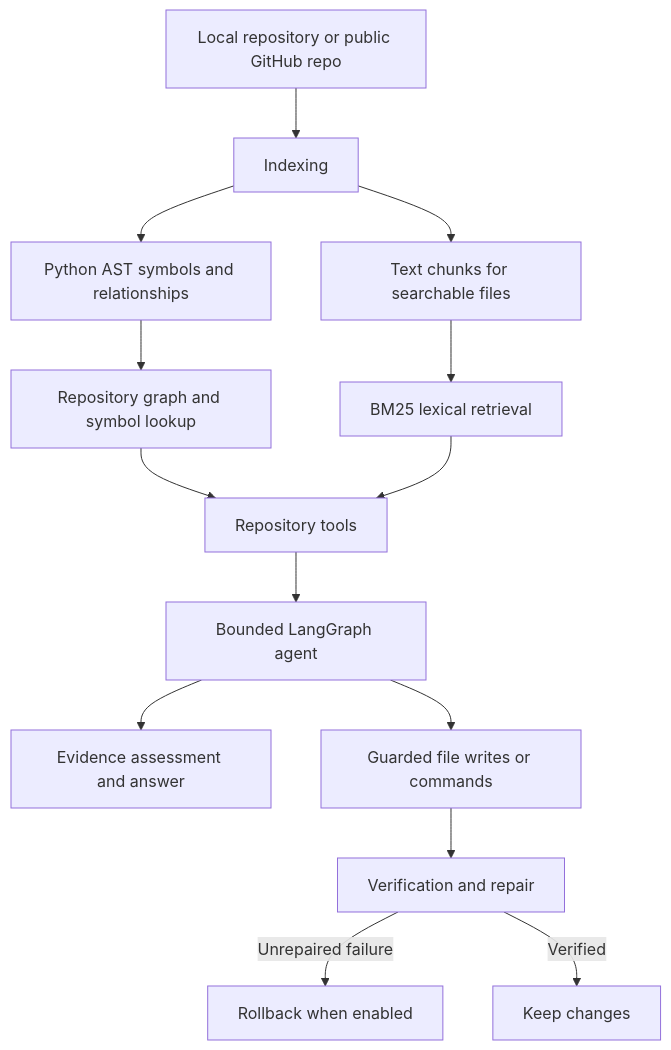
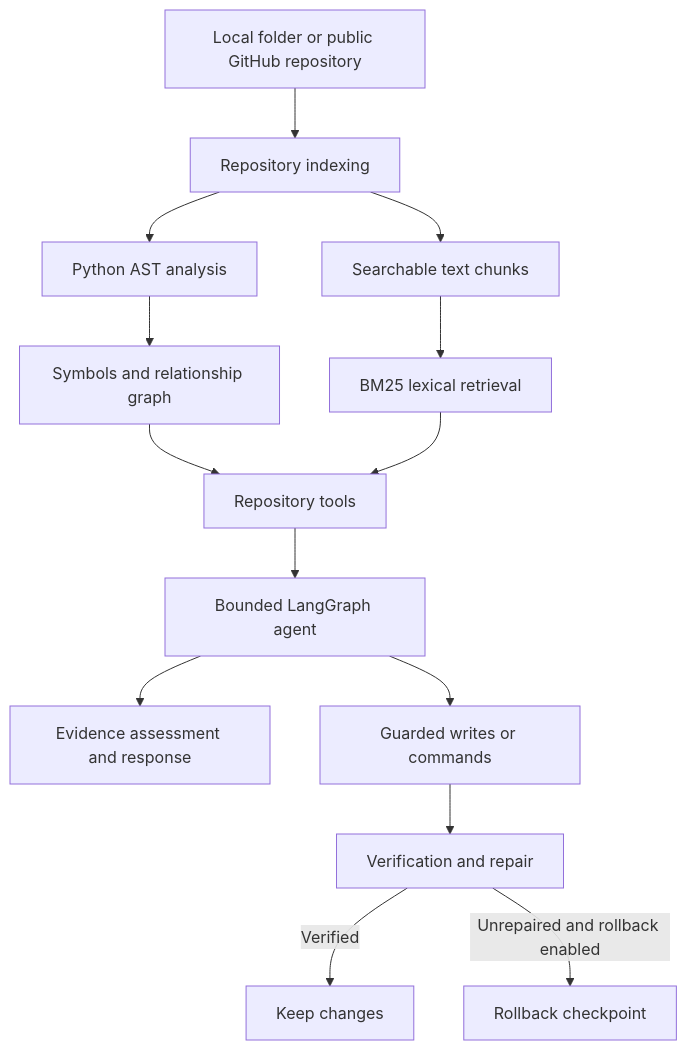
Before and after one commit to Jayesh-2006/agentic-repository-intelligence: the diagram in README.md, drawn with Mermaid. The commit also changed other lines of this file and 27 other files, not shown here.

````diff
--- a/README.md
+++ b/README.md
@@ -21,16 +24,16 @@
 ```mermaid
 flowchart TD
-    A[Local repository or public GitHub repo] --> B[Indexing]
-    B --> C[Python AST symbols and relationships]
-    B --> D[Text chunks for searchable files]
-    C --> E[Repository graph and symbol lookup]
+    A[Local folder or public GitHub repository] --> B[Repository indexing]
+    B --> C[Python AST analysis]
+    B --> D[Searchable text chunks]
+    C --> E[Symbols and relationship graph]
     D --> F[BM25 lexical retrieval]
     E --> G[Repository tools]
     F --> G
     G --> H[Bounded LangGraph agent]
-    H --> I[Evidence assessment and answer]
-    H --> J[Guarded file writes or commands]
+    H --> I[Evidence assessment and response]
+    H --> J[Guarded writes or commands]
     J --> K[Verification and repair]
-    K -->|Unrepaired failure| L[Rollback when enabled]
-    K -->|Verified| M[Keep changes]
+    K -->|Verified| L[Keep changes]
+    K -->|Unrepaired and rollback enabled| M[Rollback checkpoint]
 ```
````
